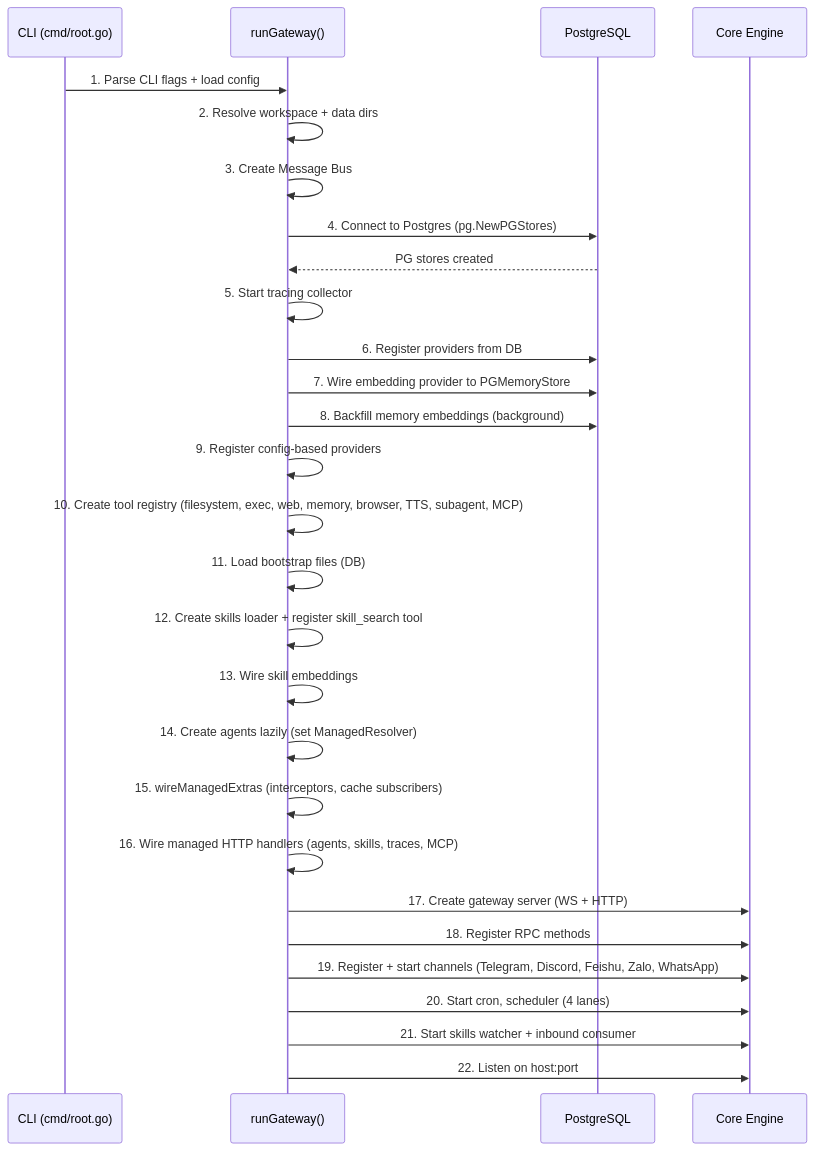
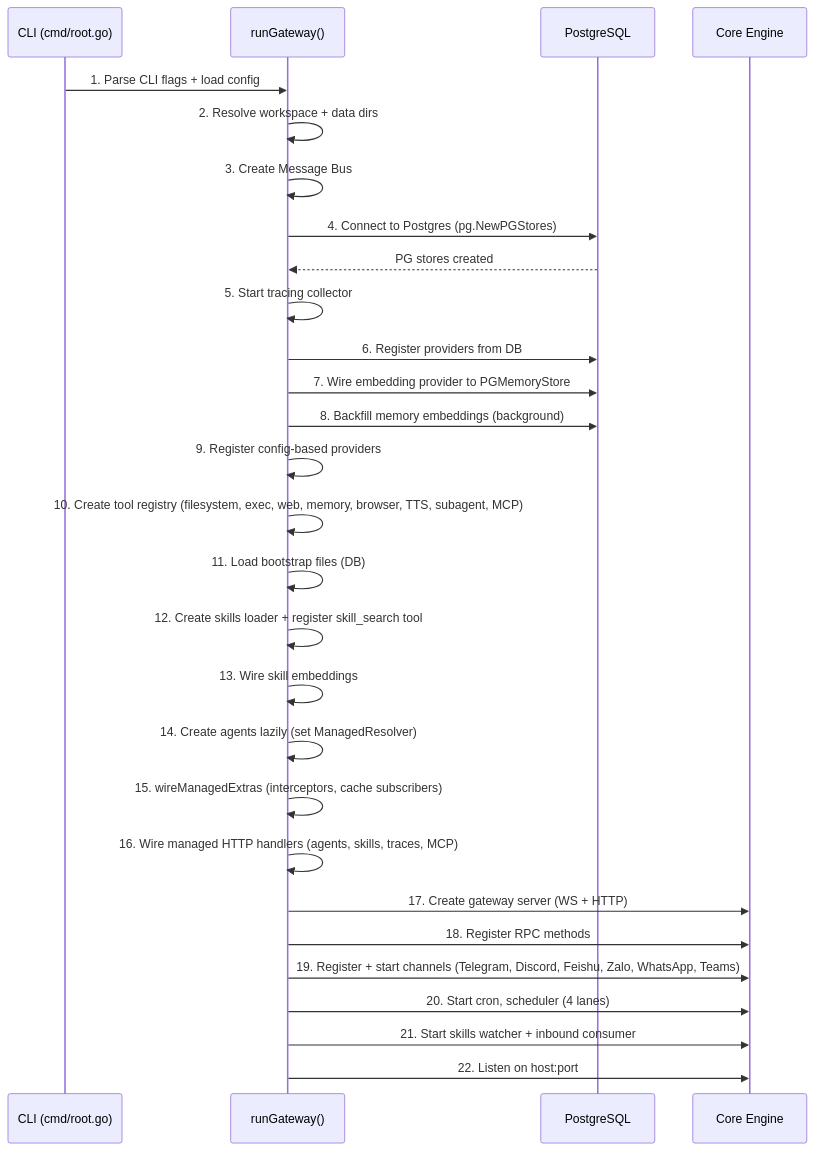
Before and after one commit to nextlevelbuilder/goclaw: the third of 6 diagrams in docs/00-architecture-overview.md, drawn with Mermaid. The commit also changed other lines of this file and 16 other files, not shown here.

First line of the commit message:
feat(channels): add native Microsoft Teams channel via Bot Framework REST API

````diff
--- a/docs/00-architecture-overview.md
+++ b/docs/00-architecture-overview.md
@@ -197,35 +198,35 @@
 ```mermaid
 sequenceDiagram
     participant CLI as CLI (cmd/root.go)
     participant GW as runGateway()
     participant PG as PostgreSQL
     participant Engine as Core Engine
 
     CLI->>GW: 1. Parse CLI flags + load config
     GW->>GW: 2. Resolve workspace + data dirs
     GW->>GW: 3. Create Message Bus
 
     GW->>PG: 4. Connect to Postgres (pg.NewPGStores)
     PG-->>GW: PG stores created
     GW->>GW: 5. Start tracing collector
     GW->>PG: 6. Register providers from DB
     GW->>PG: 7. Wire embedding provider to PGMemoryStore
     GW->>PG: 8. Backfill memory embeddings (background)
 
     GW->>GW: 9. Register config-based providers
     GW->>GW: 10. Create tool registry (filesystem, exec, web, memory, browser, TTS, subagent, MCP)
     GW->>GW: 11. Load bootstrap files (DB)
     GW->>GW: 12. Create skills loader + register skill_search tool
     GW->>GW: 13. Wire skill embeddings
 
     GW->>GW: 14. Create agents lazily (set ManagedResolver)
     GW->>GW: 15. wireManagedExtras (interceptors, cache subscribers)
     GW->>GW: 16. Wire managed HTTP handlers (agents, skills, traces, MCP)
 
     GW->>Engine: 17. Create gateway server (WS + HTTP)
     GW->>Engine: 18. Register RPC methods
-    GW->>Engine: 19. Register + start channels (Telegram, Discord, Feishu, Zalo, WhatsApp)
+    GW->>Engine: 19. Register + start channels (Telegram, Discord, Feishu, Zalo, WhatsApp, Teams)
     GW->>Engine: 20. Start cron, scheduler (4 lanes)
     GW->>Engine: 21. Start skills watcher + inbound consumer
     GW->>Engine: 22. Listen on host:port
 ```
````
